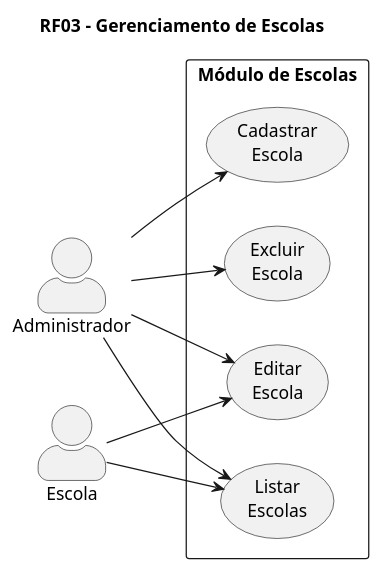
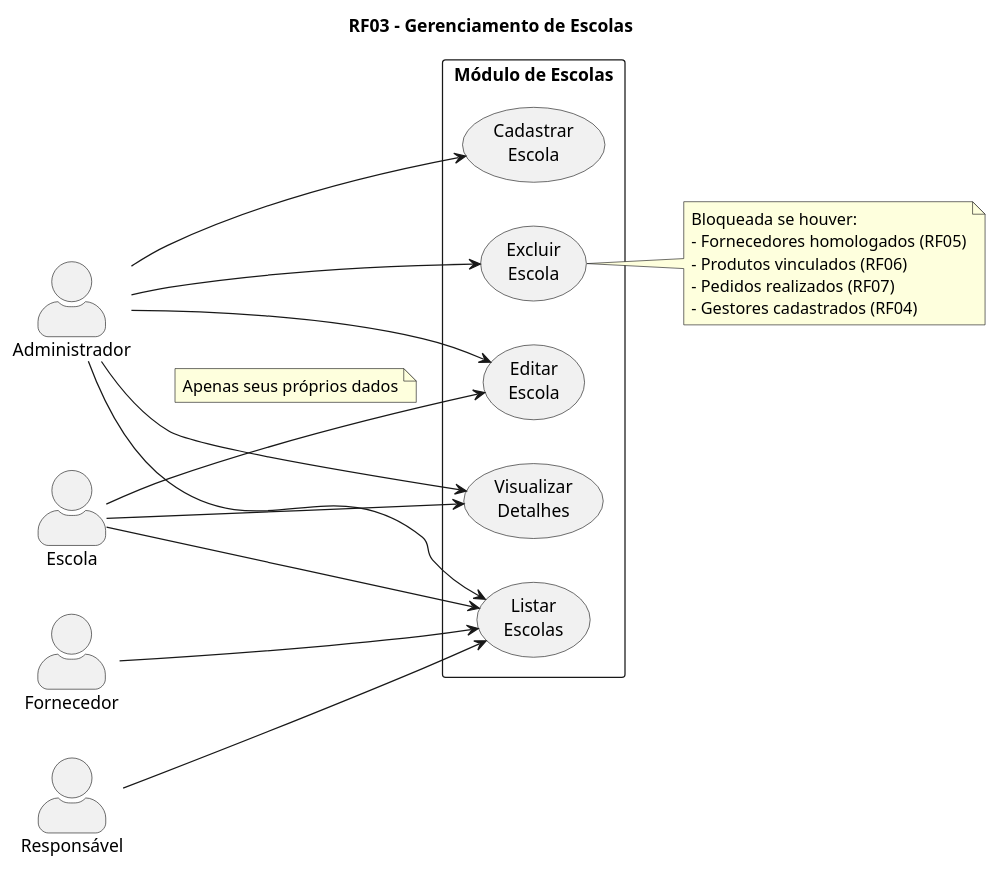
One commit to murs77r/conecta-uniforme changed the diagram in diagrams/modulo-escolas.puml. Above: the diagram before and after it, drawn with PlantUML. The commit also changed 15 other files, not shown here.

```diff
--- a/diagrams/modulo-escolas.puml
+++ b/diagrams/modulo-escolas.puml
@@ -1,28 +1,55 @@
 @startuml
 ' RF03 - Gerenciamento de Escolas
 
 left to right direction
 
 skinparam actorStyle awesome
 
 title RF03 - Gerenciamento de Escolas
 
 actor Administrador
+
 actor Escola
+
+actor Fornecedor
+
+actor Responsável
 
 rectangle "Módulo de Escolas" {
     usecase "Cadastrar\nEscola" as UC03_1
     usecase "Listar\nEscolas" as UC03_2
-    usecase "Editar\nEscola" as UC03_3
-    usecase "Excluir\nEscola" as UC03_4
+    usecase "Visualizar\nDetalhes" as UC03_3
+    usecase "Editar\nEscola" as UC03_4
+    usecase "Excluir\nEscola" as UC03_5
 }
 
+' Administrador - controle total
 Administrador --> UC03_1
 Administrador --> UC03_2
 Administrador --> UC03_3
 Administrador --> UC03_4
+Administrador --> UC03_5
 
+' Escola - autogestão
 Escola --> UC03_2
 Escola --> UC03_3
+Escola --> UC03_4
+note on link
+  Apenas seus próprios dados
+end note
+
+' Fornecedor - visualiza para homologação
+Fornecedor --> UC03_2
+
+' Responsável - visualiza para pedidos
+Responsável --> UC03_2
+
+note right of UC03_5
+  Bloqueada se houver:
+  - Fornecedores homologados (RF05)
+  - Produtos vinculados (RF06)
+  - Pedidos realizados (RF07)
+  - Gestores cadastrados (RF04)
+end note
 
 @enduml
```
